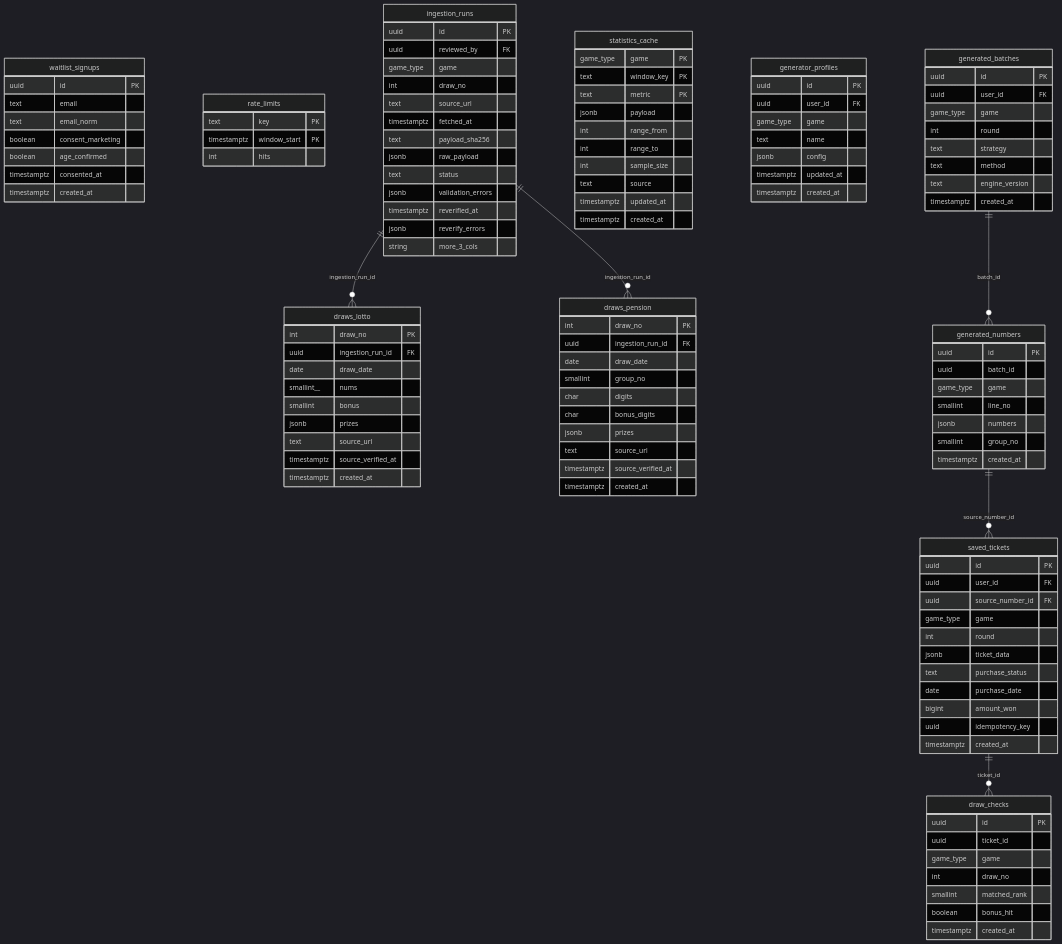
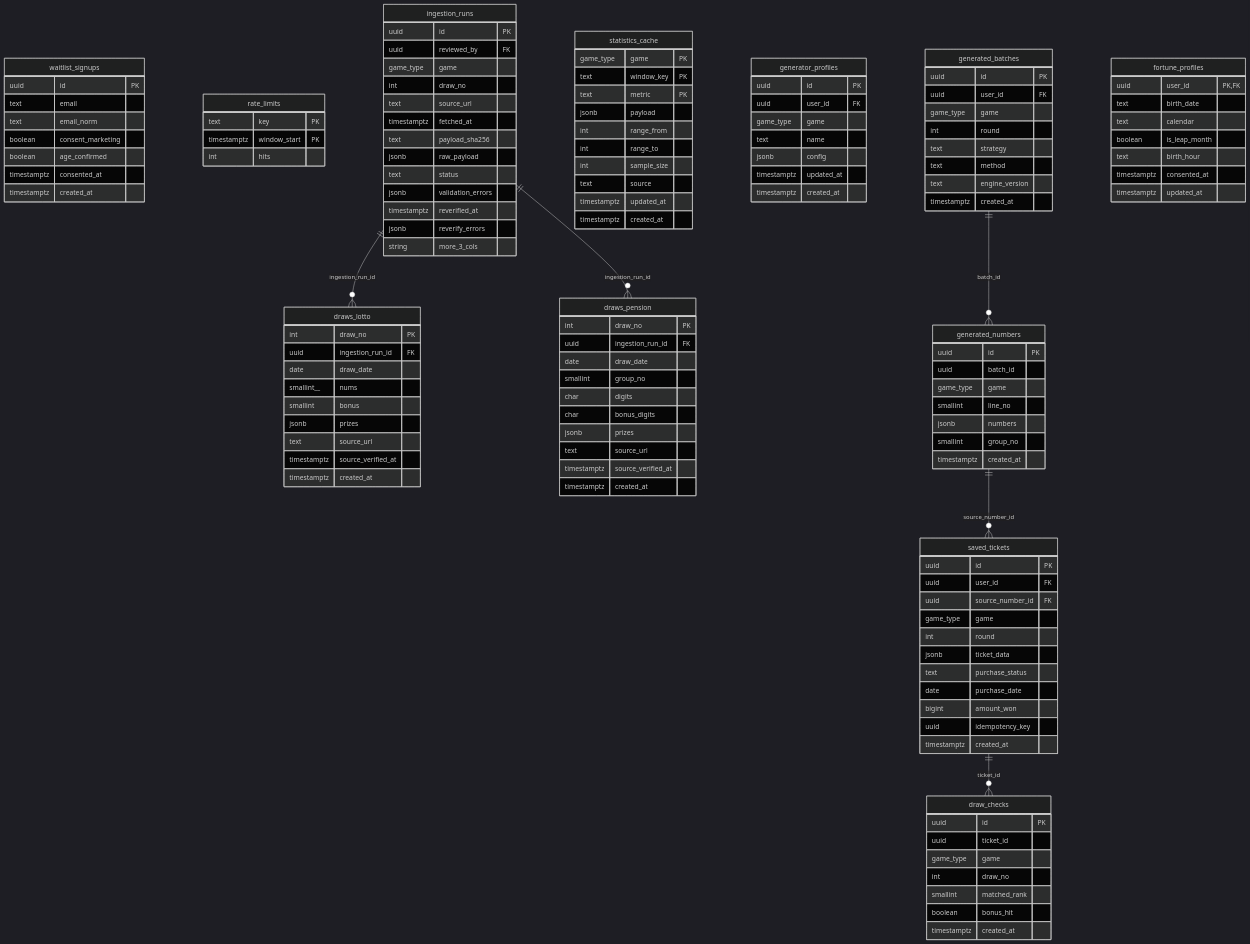
Before and after one commit to DevOps0906/LOTTO-LAB: the diagram in docs/diagrams/erd.mmd, drawn with Mermaid (dark theme). The commit also changed 10 other files, not shown here.

First line of the commit message:
[task-040] fortune_profiles 스키마·owner-only RLS·열 권한·CHECK 경계, 인증 작업 043a/043/043b 분리

```diff
--- a/docs/diagrams/erd.mmd
+++ b/docs/diagrams/erd.mmd
@@ -1,120 +1,129 @@
 erDiagram
   waitlist_signups {
     uuid id PK
     text email
     text email_norm
     boolean consent_marketing
     boolean age_confirmed
     timestamptz consented_at
     timestamptz created_at
   }
   rate_limits {
     text key PK
     timestamptz window_start PK
     int hits
   }
   ingestion_runs {
     uuid id PK
     uuid reviewed_by FK
     game_type game
     int draw_no
     text source_url
     timestamptz fetched_at
     text payload_sha256
     jsonb raw_payload
     text status
     jsonb validation_errors
     timestamptz reverified_at
     jsonb reverify_errors
     string more_3_cols
   }
   draws_lotto {
     int draw_no PK
     uuid ingestion_run_id FK
     date draw_date
     smallint__ nums
     smallint bonus
     jsonb prizes
     text source_url
     timestamptz source_verified_at
     timestamptz created_at
   }
   draws_pension {
     int draw_no PK
     uuid ingestion_run_id FK
     date draw_date
     smallint group_no
     char digits
     char bonus_digits
     jsonb prizes
     text source_url
     timestamptz source_verified_at
     timestamptz created_at
   }
   statistics_cache {
     game_type game PK
     text window_key PK
     text metric PK
     jsonb payload
     int range_from
     int range_to
     int sample_size
     text source
     timestamptz updated_at
     timestamptz created_at
   }
   generator_profiles {
     uuid id PK
     uuid user_id FK
     game_type game
     text name
     jsonb config
     timestamptz updated_at
     timestamptz created_at
   }
   generated_batches {
     uuid id PK
     uuid user_id FK
     game_type game
     int round
     text strategy
     text method
     text engine_version
     timestamptz created_at
   }
   generated_numbers {
     uuid id PK
     uuid batch_id
     game_type game
     smallint line_no
     jsonb numbers
     smallint group_no
     timestamptz created_at
   }
   saved_tickets {
     uuid id PK
     uuid user_id FK
     uuid source_number_id FK
     game_type game
     int round
     jsonb ticket_data
     text purchase_status
     date purchase_date
     bigint amount_won
     uuid idempotency_key
     timestamptz created_at
   }
   draw_checks {
     uuid id PK
     uuid ticket_id
     game_type game
     int draw_no
     smallint matched_rank
     boolean bonus_hit
     timestamptz created_at
   }
+  fortune_profiles {
+    uuid user_id PK,FK
+    text birth_date
+    text calendar
+    boolean is_leap_month
+    text birth_hour
+    timestamptz consented_at
+    timestamptz updated_at
+  }
   ingestion_runs ||--o{ draws_lotto : "ingestion_run_id"
   ingestion_runs ||--o{ draws_pension : "ingestion_run_id"
   generated_batches ||--o{ generated_numbers : "batch_id"
   generated_numbers ||--o{ saved_tickets : "source_number_id"
   saved_tickets ||--o{ draw_checks : "ticket_id"
```
